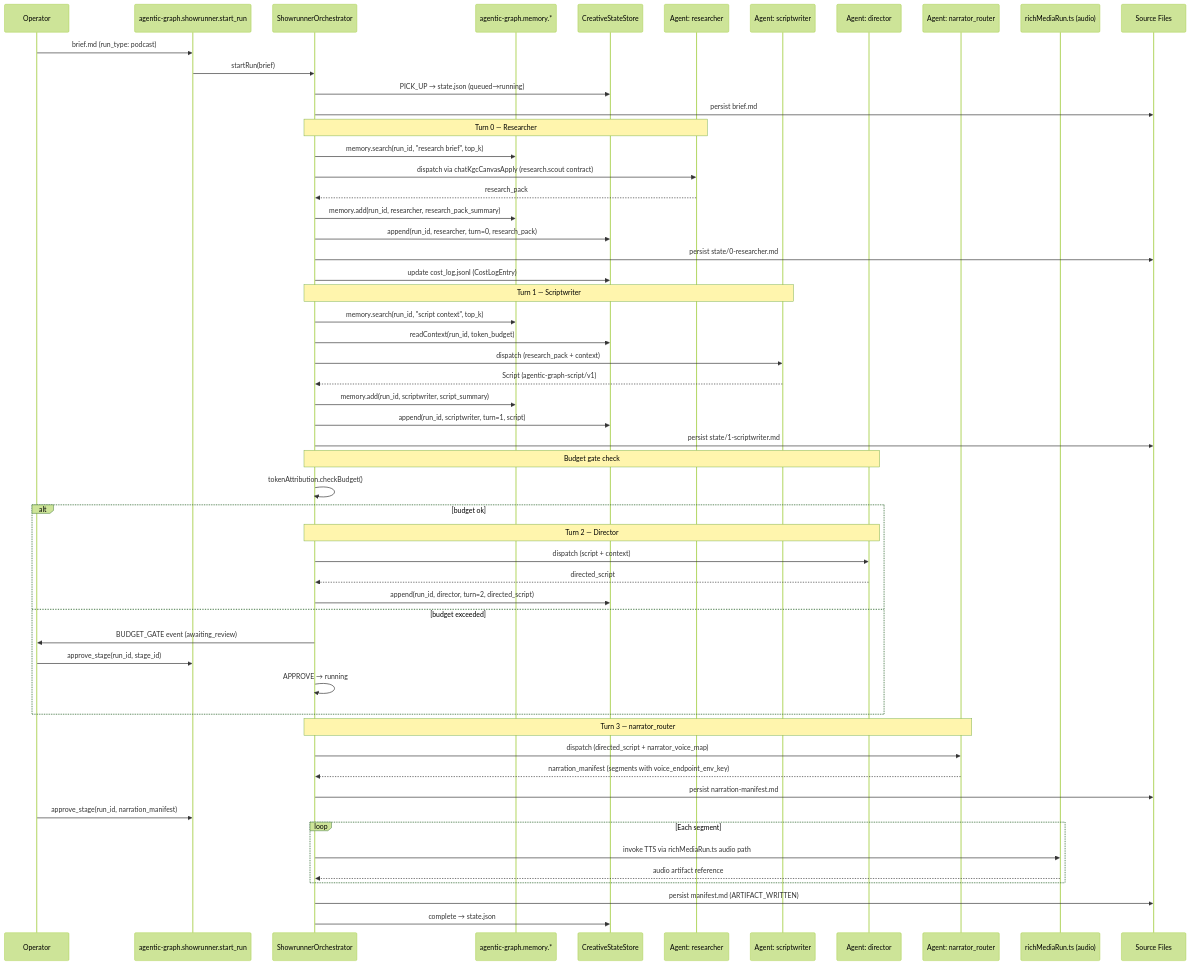
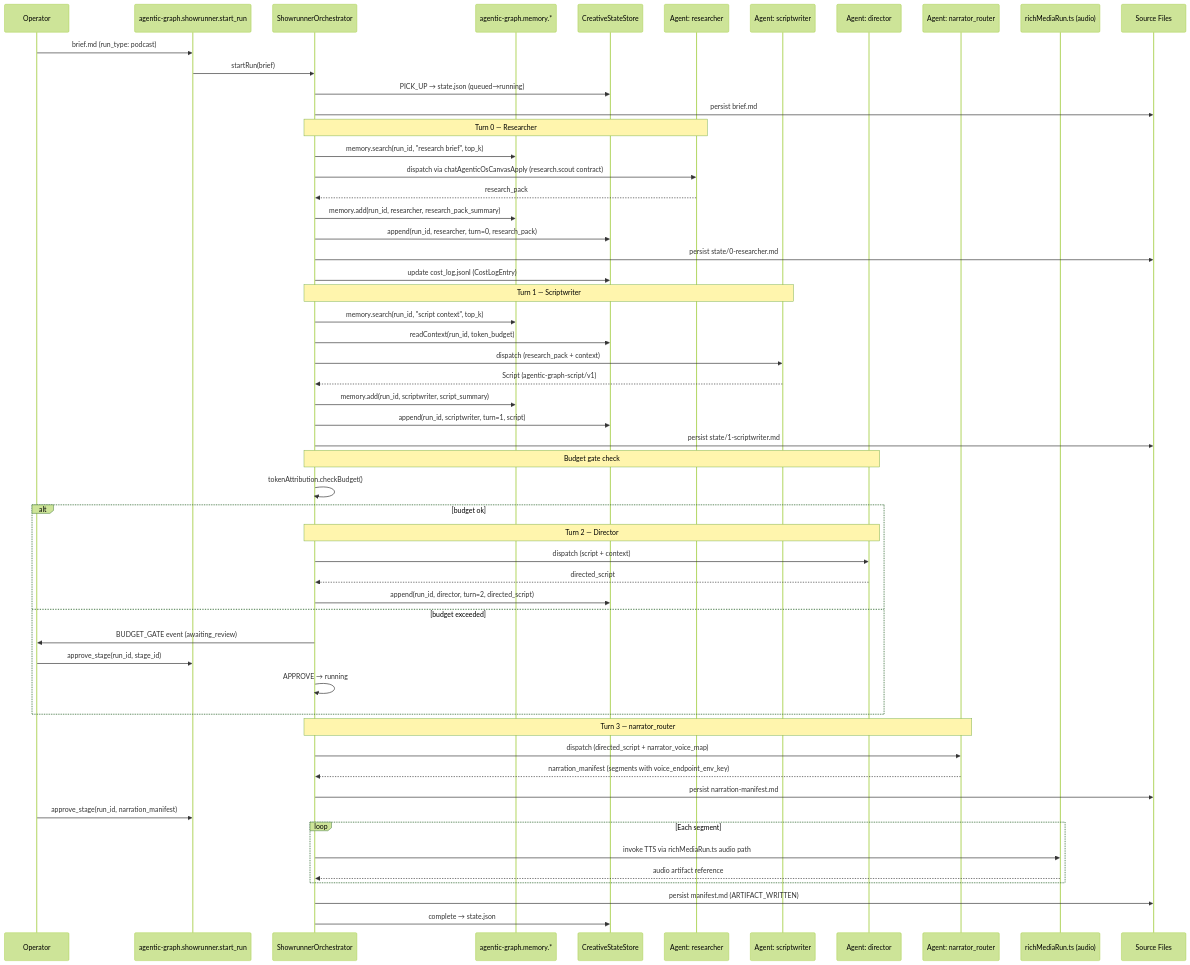
One commit to huijoohwee/agentic-graph changed the third of 6 diagrams in .kiro/specs/agentic-graph-ai-showrunner/design.md. Above: the diagram before and after it, drawn with Mermaid (forest theme). The commit also changed other lines of this file and 599 other files, not shown here.

````diff
--- a/.kiro/specs/agentic-graph-ai-showrunner/design.md
+++ b/.kiro/specs/agentic-graph-ai-showrunner/design.md
@@ -601,64 +601,64 @@
 ```mermaid
 sequenceDiagram
   participant Op as Operator
   participant MCP as agentic-graph.showrunner.start_run
   participant Orch as ShowrunnerOrchestrator
   participant Mem as agentic-graph.memory.*
   participant State as CreativeStateStore
   participant Researcher as Agent: researcher
   participant Scriptwriter as Agent: scriptwriter
   participant Director as Agent: director
   participant Router as Agent: narrator_router
   participant RichMedia as richMediaRun.ts (audio)
   participant SF as Source Files
 
   Op->>MCP: brief.md (run_type: podcast)
   MCP->>Orch: startRun(brief)
   Orch->>State: PICK_UP → state.json (queued→running)
   Orch->>SF: persist brief.md
 
   Note over Orch,Researcher: Turn 0 — Researcher
   Orch->>Mem: memory.search(run_id, "research brief", top_k)
-  Orch->>Researcher: dispatch via chatKgcCanvasApply (research.scout contract)
+  Orch->>Researcher: dispatch via chatAgenticOsCanvasApply (research.scout contract)
   Researcher-->>Orch: research_pack
   Orch->>Mem: memory.add(run_id, researcher, research_pack_summary)
   Orch->>State: append(run_id, researcher, turn=0, research_pack)
   Orch->>SF: persist state/0-researcher.md
   Orch->>State: update cost_log.jsonl (CostLogEntry)
 
   Note over Orch,Scriptwriter: Turn 1 — Scriptwriter
   Orch->>Mem: memory.search(run_id, "script context", top_k)
   Orch->>State: readContext(run_id, token_budget)
   Orch->>Scriptwriter: dispatch (research_pack + context)
   Scriptwriter-->>Orch: Script (agentic-graph-script/v1)
   Orch->>Mem: memory.add(run_id, scriptwriter, script_summary)
   Orch->>State: append(run_id, scriptwriter, turn=1, script)
   Orch->>SF: persist state/1-scriptwriter.md
 
   Note over Orch,Director: Budget gate check
   Orch->>Orch: tokenAttribution.checkBudget()
   alt budget ok
     Note over Orch,Director: Turn 2 — Director
     Orch->>Director: dispatch (script + context)
     Director-->>Orch: directed_script
     Orch->>State: append(run_id, director, turn=2, directed_script)
   else budget exceeded
     Orch->>Op: BUDGET_GATE event (awaiting_review)
     Op->>MCP: approve_stage(run_id, stage_id)
     Orch->>Orch: APPROVE → running
   end
 
   Note over Orch,Router: Turn 3 — narrator_router
   Orch->>Router: dispatch (directed_script + narrator_voice_map)
   Router-->>Orch: narration_manifest (segments with voice_endpoint_env_key)
   Orch->>SF: persist narration-manifest.md
   Op->>MCP: approve_stage(run_id, narration_manifest)
 
   loop Each segment
     Orch->>RichMedia: invoke TTS via richMediaRun.ts audio path
     RichMedia-->>Orch: audio artifact reference
   end
 
   Orch->>SF: persist manifest.md (ARTIFACT_WRITTEN)
   Orch->>State: complete → state.json
 ```
````
